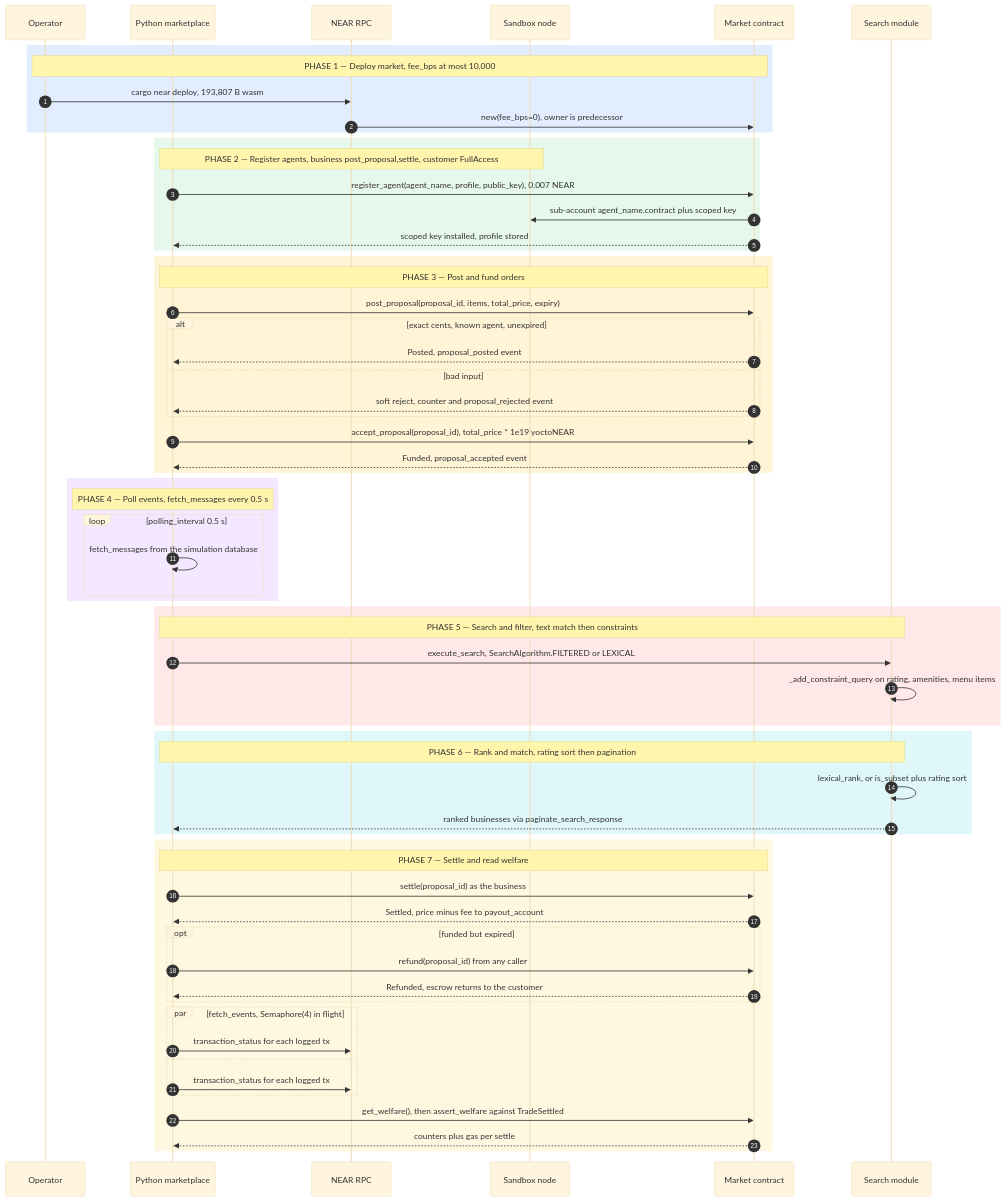
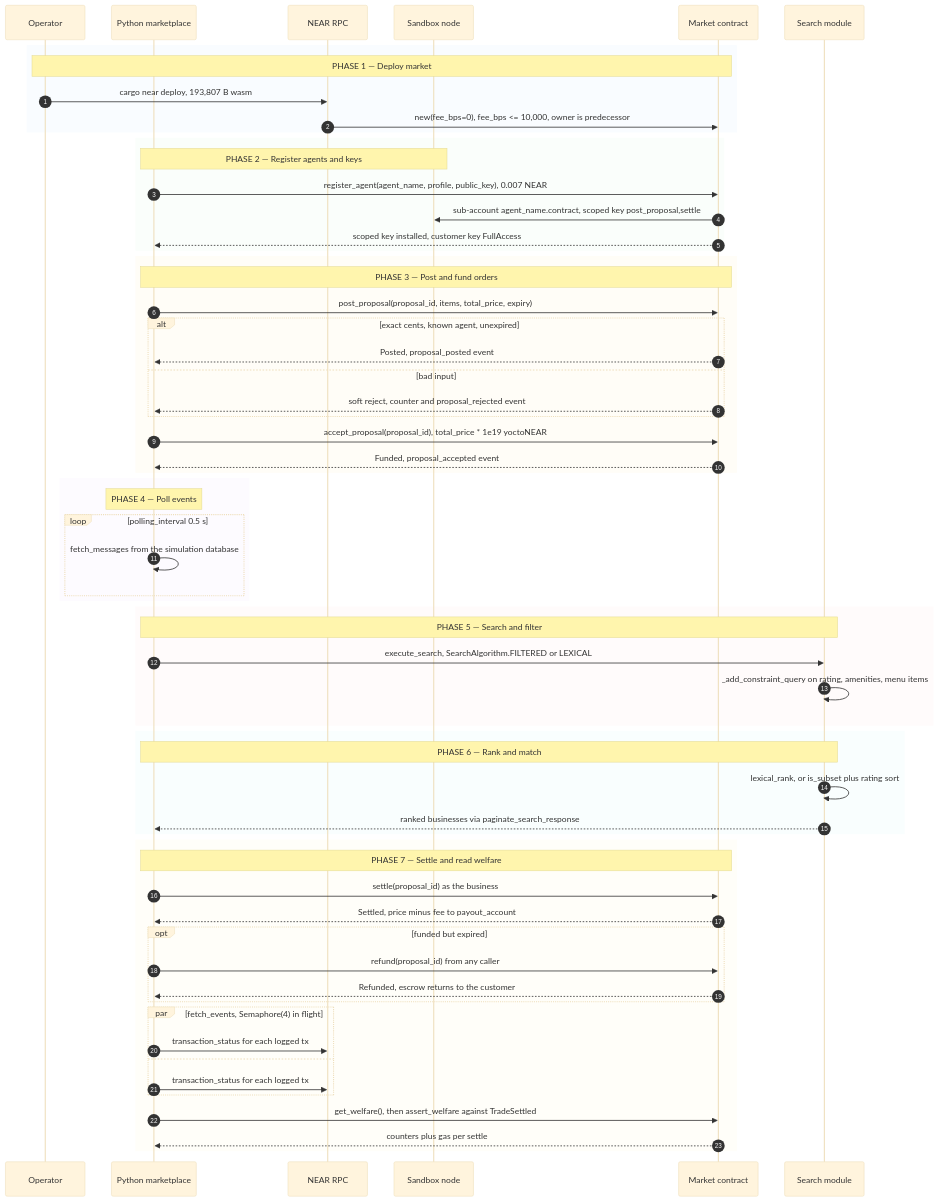
The diagram in README.md (p3dr0-coder/two-sided-agent-market), drawn with Mermaid before and after one commit.

Commit message:
docs(ekklesia): make diagram theme-safe and accessible

````diff
--- a/README.md
+++ b/README.md
@@ -5,65 +5,67 @@
 ```mermaid
 %%{init: {"theme":"base","themeVariables":{"fontSize":"14px"}}}%%
 sequenceDiagram
+    accTitle: ekklesia runtime flow
+    accDescr: Operator deploys the market, registers agents, runs scripted orders, then settles and reads welfare.
     autonumber
     participant U as Operator
     participant P as Python marketplace
     participant R as NEAR RPC
     participant B as Sandbox node
     participant M as Market contract
     participant S as Search module
-    rect rgb(226,238,255)
-    Note over U,M: PHASE 1 — Deploy market, fee_bps at most 10,000
+    rect rgba(226,238,255,0.20)
+    Note over U,M: PHASE 1 — Deploy market
     U->>R: cargo near deploy, 193,807 B wasm
-    R->>M: new(fee_bps=0), owner is predecessor
+    R->>M: new(fee_bps=0), fee_bps <= 10,000, owner is predecessor
     end
-    rect rgb(230,247,235)
-    Note over P,B: PHASE 2 — Register agents, business post_proposal,settle, customer FullAccess
+    rect rgba(230,247,235,0.20)
+    Note over P,B: PHASE 2 — Register agents and keys
     P->>M: register_agent(agent_name, profile, public_key), 0.007 NEAR
-    M->>B: sub-account agent_name.contract plus scoped key
-    M-->>P: scoped key installed, profile stored
+    M->>B: sub-account agent_name.contract, scoped key post_proposal,settle
+    M-->>P: scoped key installed, customer key FullAccess
     end
-    rect rgb(255,244,214)
+    rect rgba(255,244,214,0.20)
     Note over P,M: PHASE 3 — Post and fund orders
     P->>M: post_proposal(proposal_id, items, total_price, expiry)
     alt exact cents, known agent, unexpired
     M-->>P: Posted, proposal_posted event
     else bad input
     M-->>P: soft reject, counter and proposal_rejected event
     end
     P->>M: accept_proposal(proposal_id), total_price * 1e19 yoctoNEAR
     M-->>P: Funded, proposal_accepted event
     end
-    rect rgb(243,232,255)
-    Note over P: PHASE 4 — Poll events, fetch_messages every 0.5 s
+    rect rgba(243,232,255,0.20)
+    Note over P: PHASE 4 — Poll events
     loop polling_interval 0.5 s
     P->>P: fetch_messages from the simulation database
     end
     end
-    rect rgb(255,232,232)
-    Note over P,S: PHASE 5 — Search and filter, text match then constraints
+    rect rgba(255,232,232,0.20)
+    Note over P,S: PHASE 5 — Search and filter
     P->>S: execute_search, SearchAlgorithm.FILTERED or LEXICAL
     S->>S: _add_constraint_query on rating, amenities, menu items
     end
-    rect rgb(224,247,250)
-    Note over P,S: PHASE 6 — Rank and match, rating sort then pagination
+    rect rgba(224,247,250,0.20)
+    Note over P,S: PHASE 6 — Rank and match
     S->>S: lexical_rank, or is_subset plus rating sort
     S-->>P: ranked businesses via paginate_search_response
     end
-    rect rgb(255,248,225)
+    rect rgba(255,248,225,0.20)
     Note over P,M: PHASE 7 — Settle and read welfare
     P->>M: settle(proposal_id) as the business
     M-->>P: Settled, price minus fee to payout_account
     opt funded but expired
     P->>M: refund(proposal_id) from any caller
     M-->>P: Refunded, escrow returns to the customer
     end
     par fetch_events, Semaphore(4) in flight
     P->>R: transaction_status for each logged tx
     and
     P->>R: transaction_status for each logged tx
     end
     P->>M: get_welfare(), then assert_welfare against TradeSettled
     M-->>P: counters plus gas per settle
     end
 ```
````
